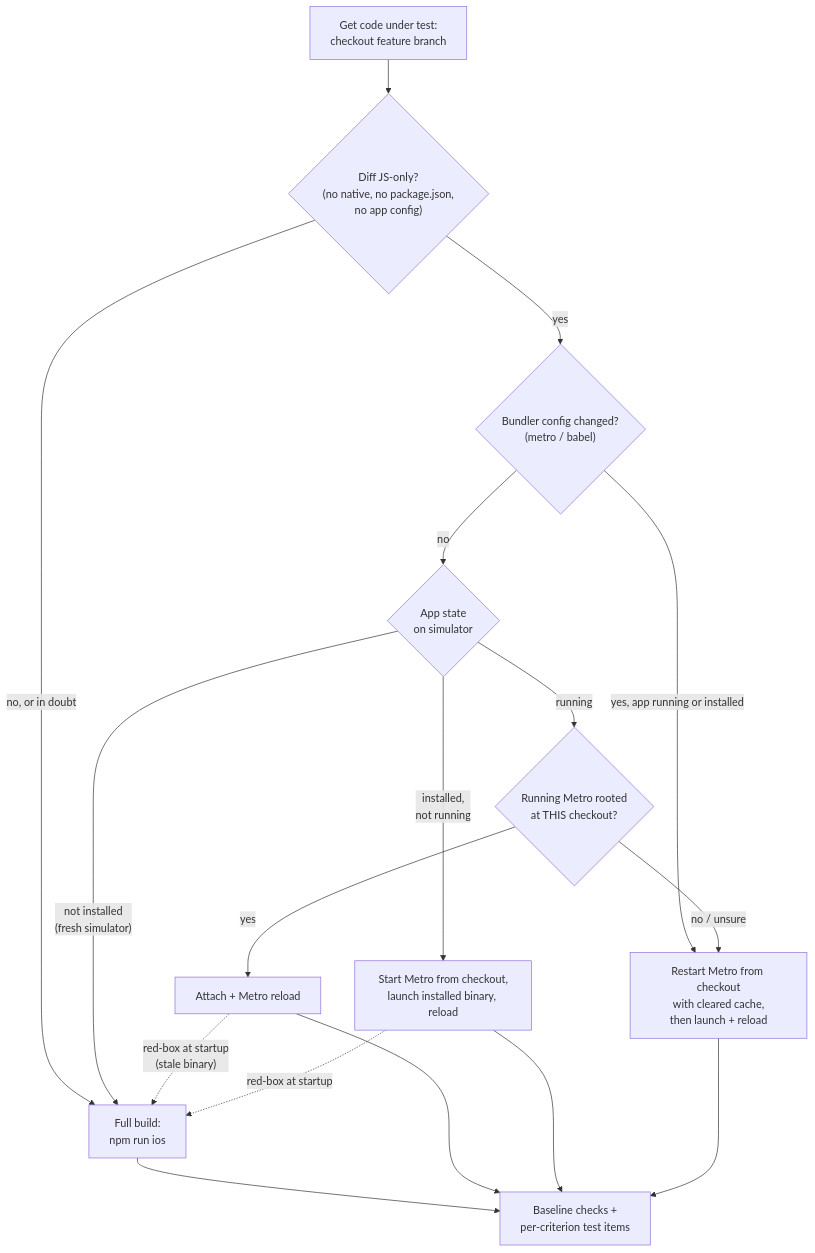
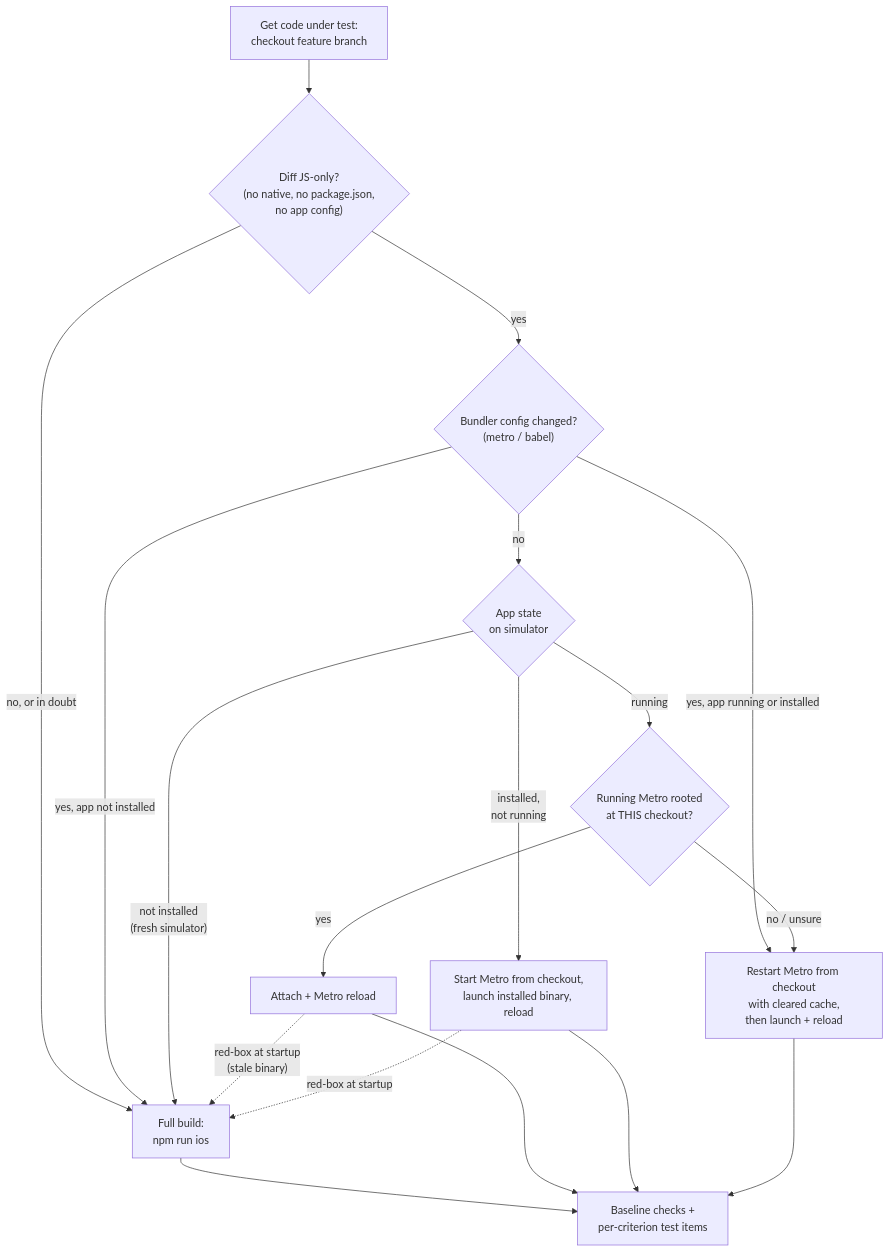
Before and after one commit to timothyrusso/HolidAI: the second of 2 diagrams in wiki/docs/AGENTIC_WORKFLOW.md, drawn with Mermaid. The commit also changed other lines of this file, not shown here.

Commit message:
docs(397): align flowchart edges with abort, vetting, and fresh simulator behavior

````diff
--- a/wiki/docs/AGENTIC_WORKFLOW.md
+++ b/wiki/docs/AGENTIC_WORKFLOW.md
@@ -178,19 +181,20 @@
 ```mermaid
 flowchart TD
     START["Get code under test:<br/>checkout feature branch"] --> JS{"Diff JS-only?<br/>(no native, no package.json,<br/>no app config)"}
     JS -->|"no, or in doubt"| FULL["Full build:<br/>npm run ios"]
     JS -->|"yes"| BC{"Bundler config changed?<br/>(metro / babel)"}
     BC -->|"yes, app running or installed"| RESTART["Restart Metro from checkout<br/>with cleared cache,<br/>then launch + reload"]
+    BC -->|"yes, app not installed"| FULL
     BC -->|"no"| STATE{"App state<br/>on simulator"}
     STATE -->|"running"| ROOT{"Running Metro rooted<br/>at THIS checkout?"}
     ROOT -->|"yes"| ATTACH["Attach + Metro reload"]
     ROOT -->|"no / unsure"| RESTART
     STATE -->|"installed,<br/>not running"| LAUNCH["Start Metro from checkout,<br/>launch installed binary, reload"]
     STATE -->|"not installed<br/>(fresh simulator)"| FULL
     FULL --> TEST["Baseline checks +<br/>per-criterion test items"]
     ATTACH --> TEST
     LAUNCH --> TEST
     RESTART --> TEST
     ATTACH -.->|"red-box at startup<br/>(stale binary)"| FULL
     LAUNCH -.->|"red-box at startup"| FULL
 ```
````
